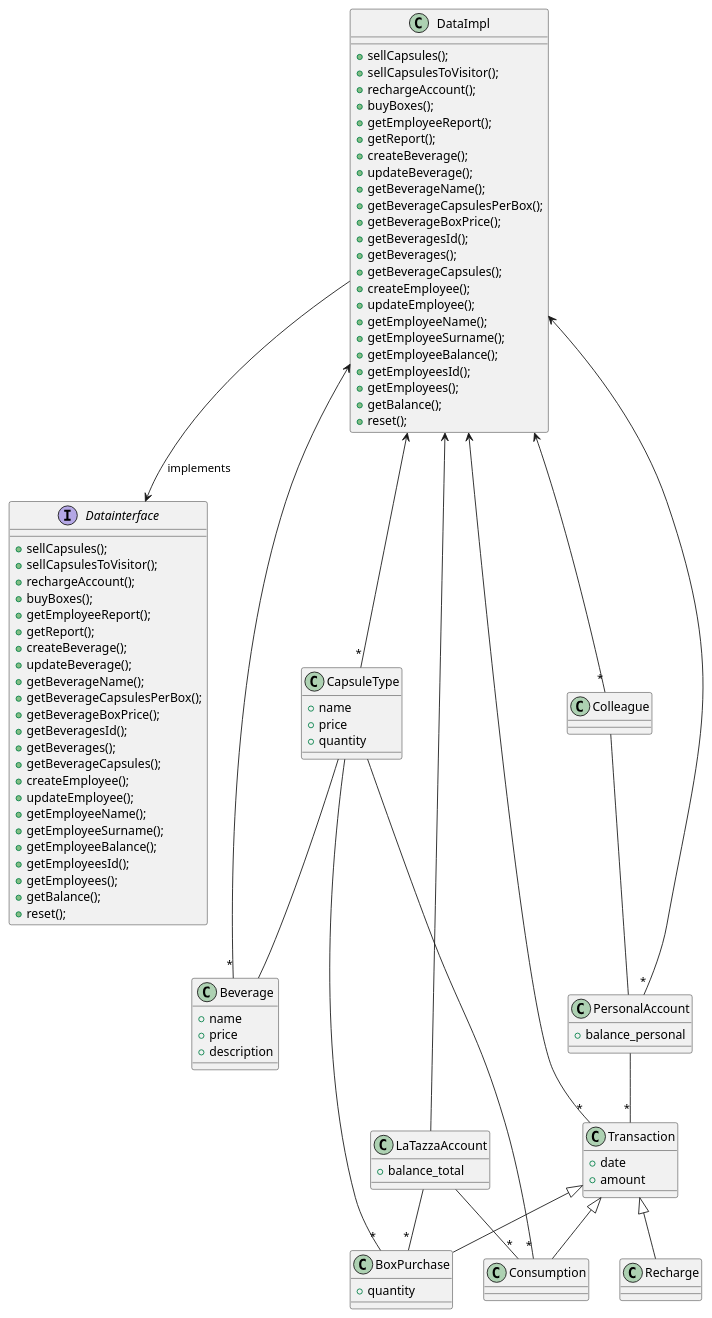
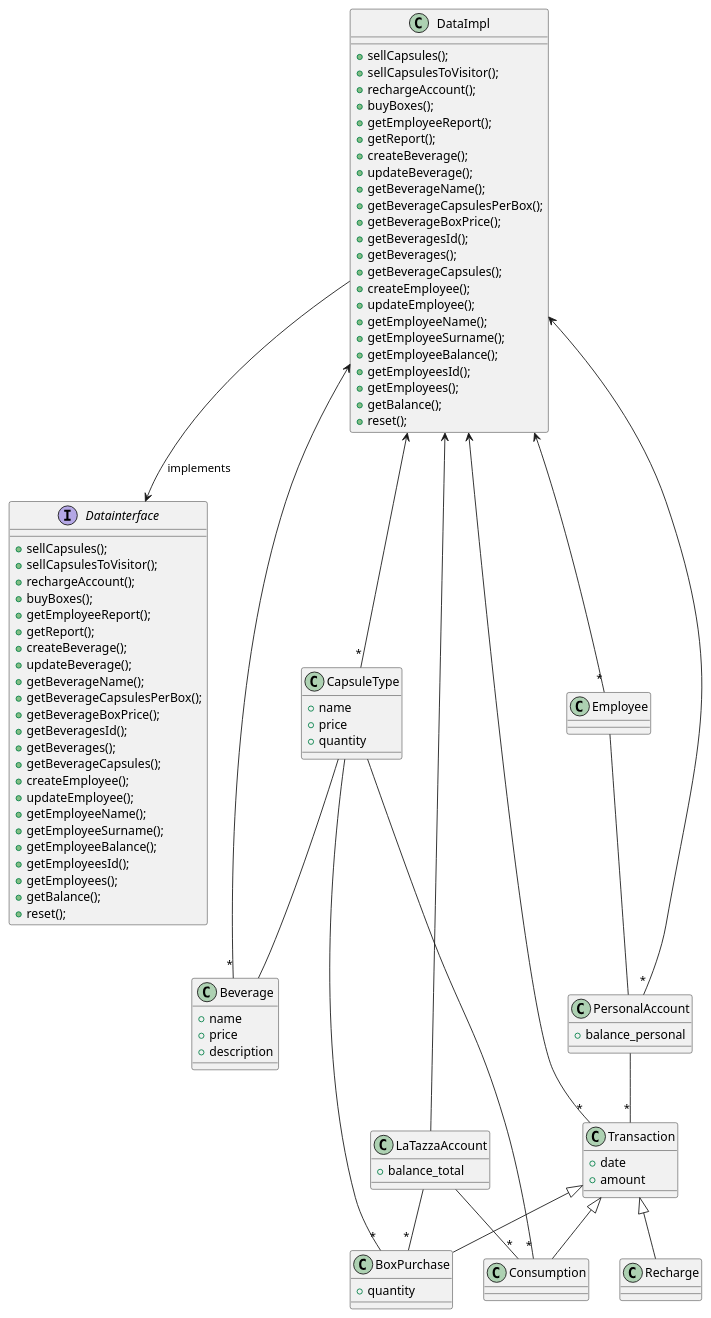
The third of 7 diagrams in templates/DesignDocumentTemplate.md (salvatore-dimartino/LaTazza), drawn with PlantUML before and after one commit.

```diff
--- a/templates/DesignDocumentTemplate.md
+++ b/templates/DesignDocumentTemplate.md
@@ -159,7 +159,7 @@
 + amount
 }
 
-DataImpl <-- "*" Colleague
+DataImpl <-- "*" Employee
 DataImpl <-- "*" CapsuleType
 DataImpl <-- "*" Beverage
 DataImpl <-- LaTazzaAccount
@@ -170,7 +170,7 @@
 CapsuleType -- "*" Consumption
 CapsuleType -- "*" BoxPurchase
 
-Colleague -- PersonalAccount
+Employee -- PersonalAccount
 PersonalAccount -- "*" Transaction
 
 Transaction <|-- Recharge
```
